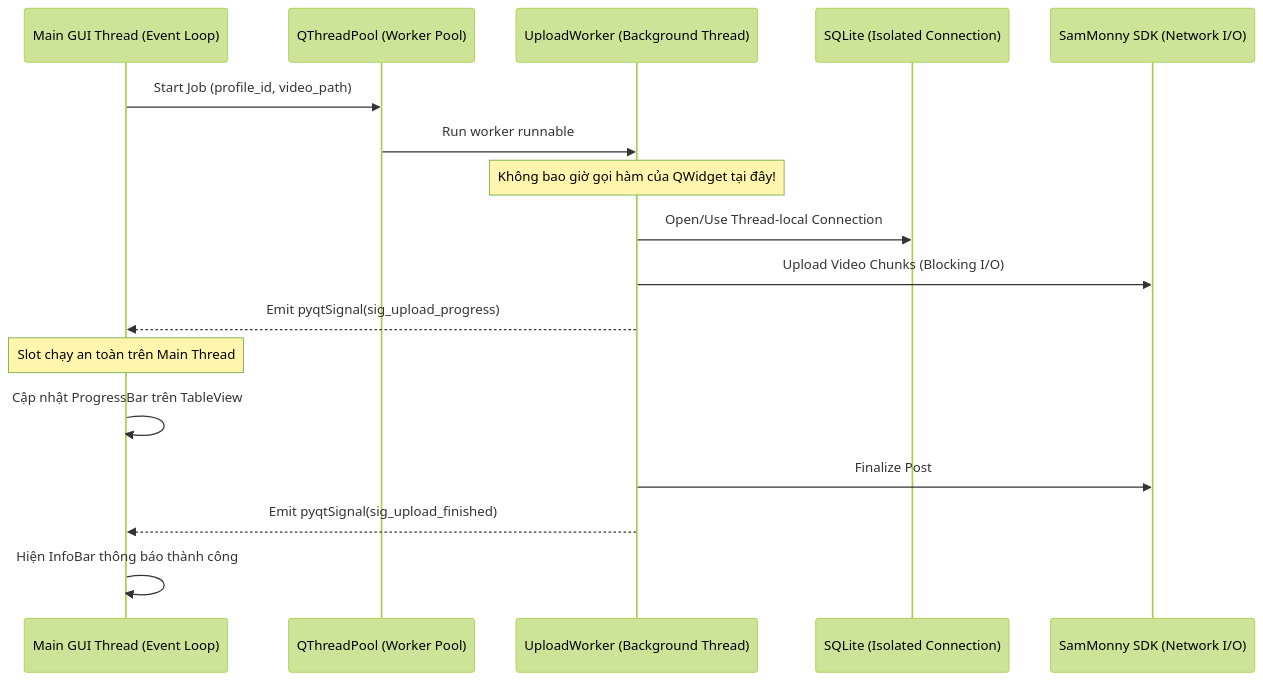
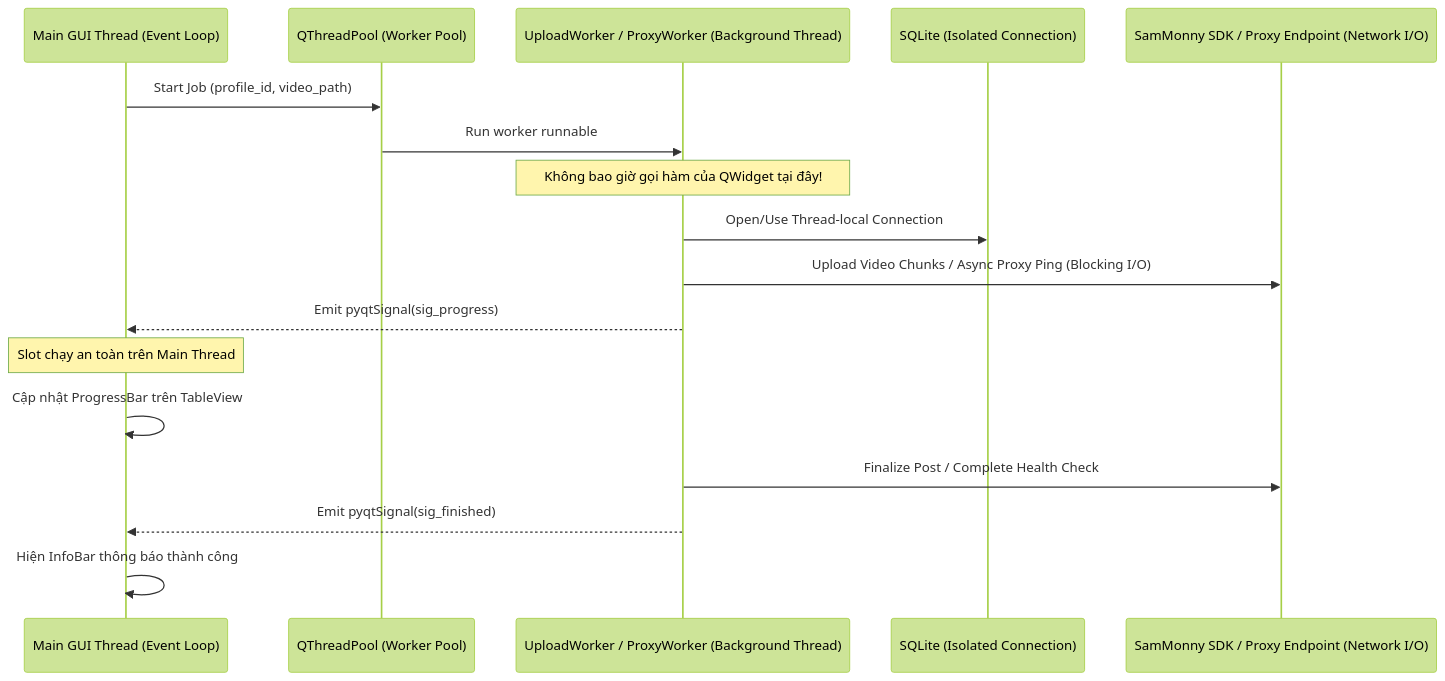
One commit to LeNguySon/TictokUpload411 changed the second of 2 diagrams in docs/01_architecture/system_overview.md. Above: the diagram before and after it, drawn with Mermaid (forest theme). The commit also changed other lines of this file and 4 other files, not shown here.

````diff
--- a/docs/01_architecture/system_overview.md
+++ b/docs/01_architecture/system_overview.md
@@ -114,20 +134,20 @@
 ```mermaid
 sequenceDiagram
     participant GUI as Main GUI Thread (Event Loop)
     participant Pool as QThreadPool (Worker Pool)
-    participant Worker as UploadWorker (Background Thread)
+    participant Worker as UploadWorker / ProxyWorker (Background Thread)
     participant DB as SQLite (Isolated Connection)
-    participant Net as SamMonny SDK (Network I/O)
+    participant Net as SamMonny SDK / Proxy Endpoint (Network I/O)
 
     GUI->>Pool: Start Job (profile_id, video_path)
     Pool->>Worker: Run worker runnable
     Note over Worker: Không bao giờ gọi hàm của QWidget tại đây!
     Worker->>DB: Open/Use Thread-local Connection
-    Worker->>Net: Upload Video Chunks (Blocking I/O)
-    Worker-->>GUI: Emit pyqtSignal(sig_upload_progress)
+    Worker->>Net: Upload Video Chunks / Async Proxy Ping (Blocking I/O)
+    Worker-->>GUI: Emit pyqtSignal(sig_progress)
     Note over GUI: Slot chạy an toàn trên Main Thread
     GUI->>GUI: Cập nhật ProgressBar trên TableView
-    Worker->>Net: Finalize Post
-    Worker-->>GUI: Emit pyqtSignal(sig_upload_finished)
+    Worker->>Net: Finalize Post / Complete Health Check
+    Worker-->>GUI: Emit pyqtSignal(sig_finished)
     GUI->>GUI: Hiện InfoBar thông báo thành công
 ```
````
